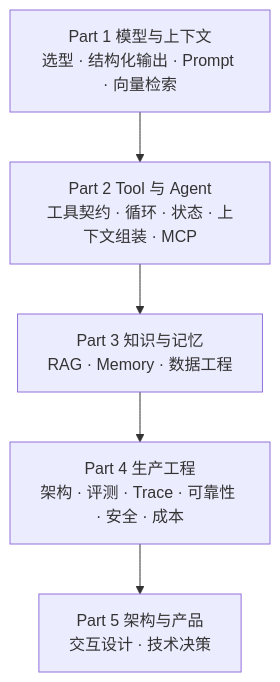
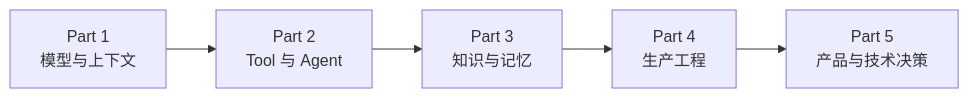
The diagram in docs/index.md (lance2016/ai-app-engineering), drawn with Mermaid before and after one commit. The commit also changed other lines of this file and 7 other files, not shown here.

````diff
--- a/docs/index.md
+++ b/docs/index.md
@@ -37,8 +25,4 @@
 ```mermaid
-flowchart TB
-    P1["Part 1 模型与上下文<br/>选型 · 结构化输出 · Prompt · 向量检索"] --> P2
-    P2["Part 2 Tool 与 Agent<br/>工具契约 · 循环 · 状态 · 上下文组装 · MCP"] --> P3
-    P3["Part 3 知识与记忆<br/>RAG · Memory · 数据工程"] --> P4
-    P4["Part 4 生产工程<br/>架构 · 评测 · Trace · 可靠性 · 安全 · 成本"] --> P5
-    P5["Part 5 架构与产品<br/>交互设计 · 技术决策"]
+flowchart LR
+    P1["Part 1<br/>模型与上下文"] --> P2["Part 2<br/>Tool 与 Agent"] --> P3["Part 3<br/>知识与记忆"] --> P4["Part 4<br/>生产工程"] --> P5["Part 5<br/>产品与技术决策"]
 ```
````
